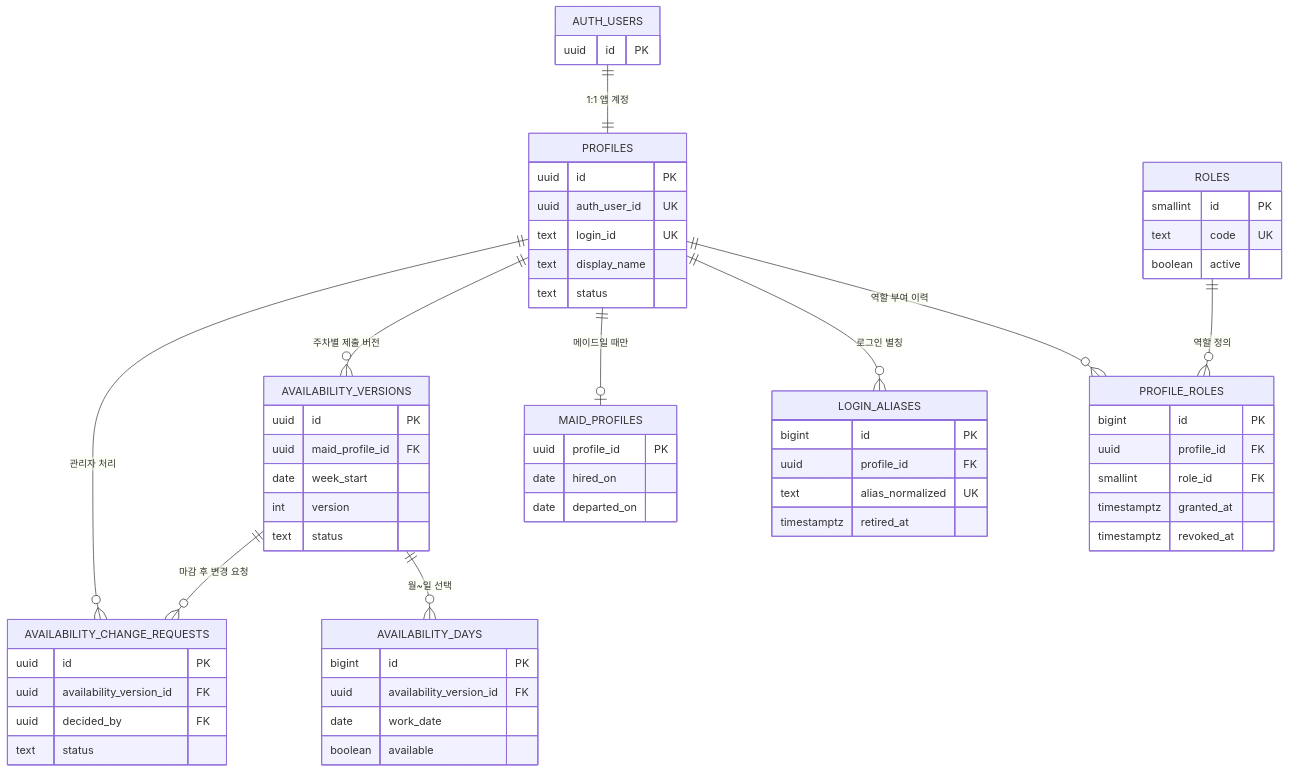
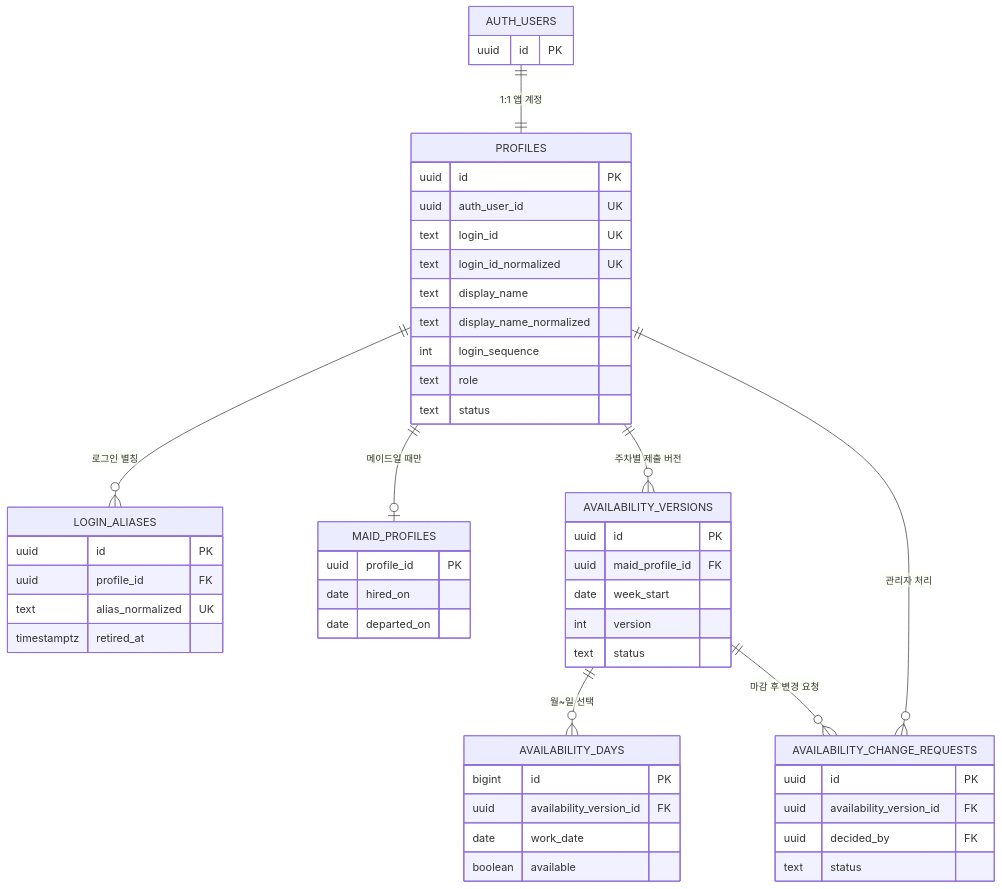
One commit to wrongstory/room-management-system-backend changed the second of 5 diagrams in docs/ERD.md. Above: the diagram before and after it, drawn with Mermaid. The commit also changed other lines of this file and 38 other files, not shown here.

````diff
--- a/docs/ERD.md
+++ b/docs/ERD.md
@@ -36,65 +35,55 @@
 ```mermaid
 erDiagram
   AUTH_USERS ||--|| PROFILES : "1:1 앱 계정"
-  PROFILES ||--o{ PROFILE_ROLES : "역할 부여 이력"
-  ROLES ||--o{ PROFILE_ROLES : "역할 정의"
   PROFILES ||--o{ LOGIN_ALIASES : "로그인 별칭"
   PROFILES ||--o| MAID_PROFILES : "메이드일 때만"
   PROFILES ||--o{ AVAILABILITY_VERSIONS : "주차별 제출 버전"
   AVAILABILITY_VERSIONS ||--o{ AVAILABILITY_DAYS : "월~일 선택"
   AVAILABILITY_VERSIONS ||--o{ AVAILABILITY_CHANGE_REQUESTS : "마감 후 변경 요청"
   PROFILES ||--o{ AVAILABILITY_CHANGE_REQUESTS : "관리자 처리"
 
   AUTH_USERS {
     uuid id PK
   }
   PROFILES {
     uuid id PK
     uuid auth_user_id UK
     text login_id UK
+    text login_id_normalized UK
     text display_name
+    text display_name_normalized
+    int login_sequence
+    text role
     text status
   }
-  ROLES {
-    smallint id PK
-    text code UK
-    boolean active
-  }
-  PROFILE_ROLES {
-    bigint id PK
-    uuid profile_id FK
-    smallint role_id FK
-    timestamptz granted_at
-    timestamptz revoked_at
-  }
   LOGIN_ALIASES {
-    bigint id PK
+    uuid id PK
     uuid profile_id FK
     text alias_normalized UK
     timestamptz retired_at
   }
   MAID_PROFILES {
     uuid profile_id PK
     date hired_on
     date departed_on
   }
   AVAILABILITY_VERSIONS {
     uuid id PK
     uuid maid_profile_id FK
     date week_start
     int version
     text status
   }
   AVAILABILITY_DAYS {
     bigint id PK
     uuid availability_version_id FK
     date work_date
     boolean available
   }
   AVAILABILITY_CHANGE_REQUESTS {
     uuid id PK
     uuid availability_version_id FK
     uuid decided_by FK
     text status
   }
 ```
````
